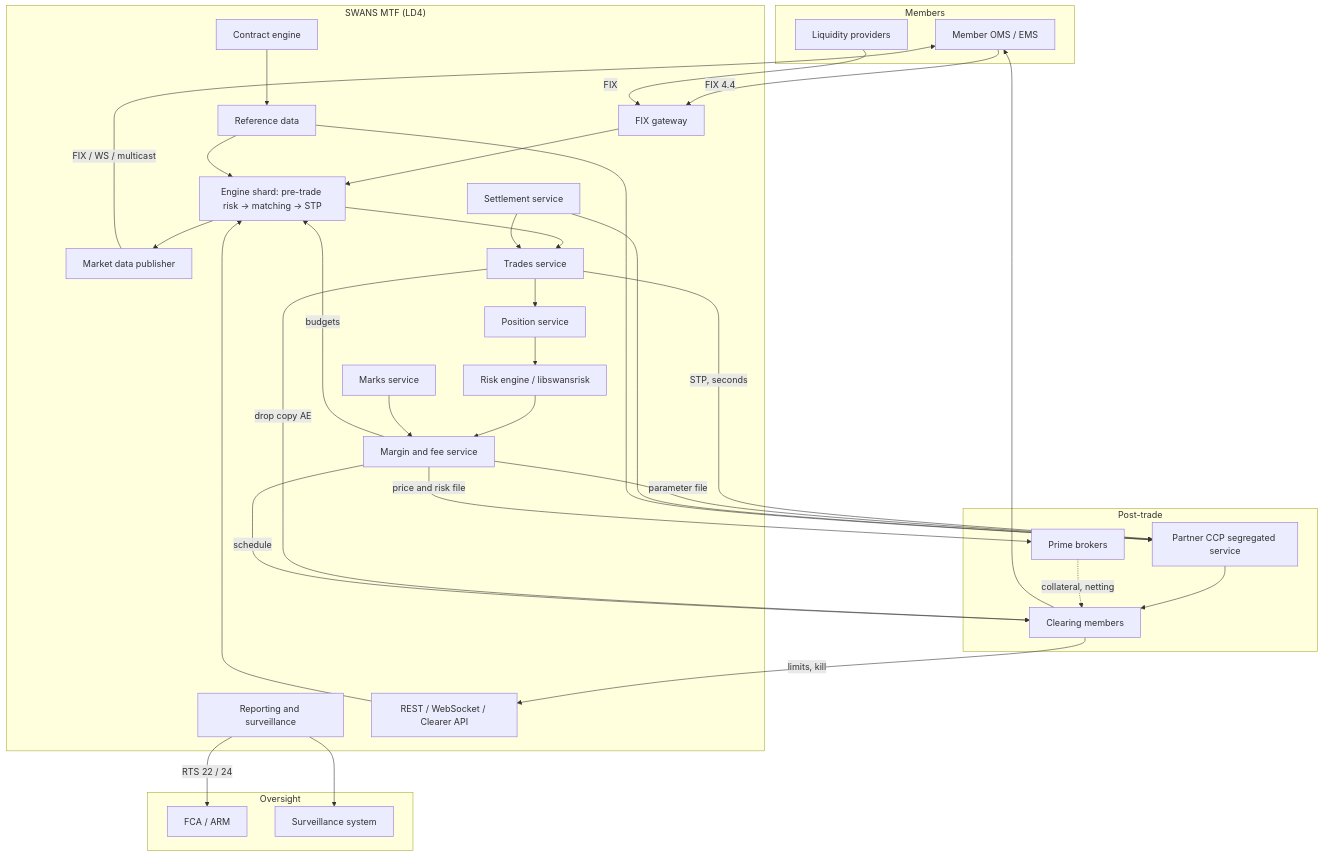
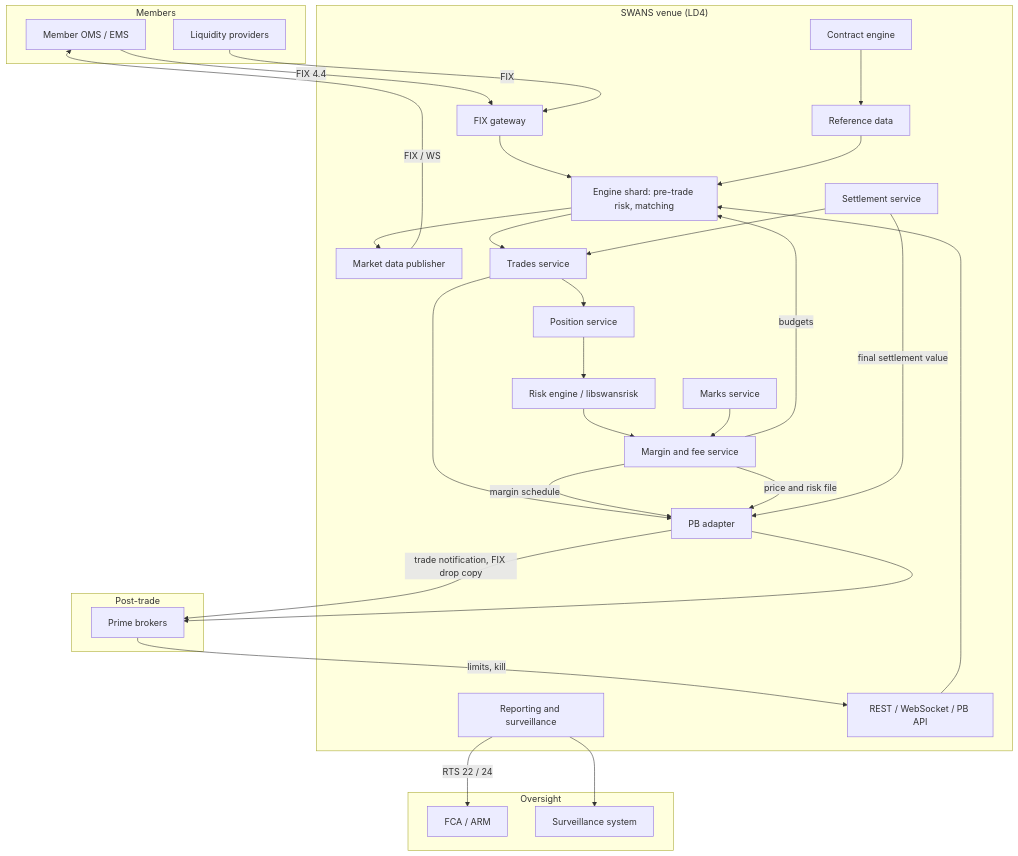
Before and after one commit to LevonDerma1221/swans-docs: the first of 7 diagrams in docs/diagrams.md, drawn with Mermaid. The commit also changed other lines of this file and 34 other files, not shown here.

````diff
--- a/docs/diagrams.md
+++ b/docs/diagrams.md
@@ -7,50 +7,45 @@
 ```mermaid
 flowchart TB
   subgraph Members
     OMS[Member OMS / EMS]
     LP[Liquidity providers]
   end
-  subgraph SWANS["SWANS MTF (LD4)"]
+  subgraph SWANS["SWANS venue (LD4)"]
     GW[FIX gateway]
-    ENG["Engine shard: pre-trade risk → matching → STP"]
+    ENG["Engine shard: pre-trade risk, matching"]
     MD[Market data publisher]
     TR[Trades service]
     POS[Position service]
     MK[Marks service]
     RISK[Risk engine / libswansrisk]
     MGN[Margin and fee service]
     SET[Settlement service]
     CE[Contract engine]
     REF[Reference data]
     REP[Reporting and surveillance]
-    API[REST / WebSocket / Clearer API]
+    API[REST / WebSocket / PB API]
+    PBA[PB adapter]
   end
   subgraph Post-trade
-    CCP[Partner CCP segregated service]
-    GCM[Clearing members]
     PB[Prime brokers]
   end
   subgraph Oversight
     FCA[FCA / ARM]
     SURV[Surveillance system]
   end
-  OMS -->|FIX 4.4| GW --> ENG --> MD -->|FIX / WS / multicast| OMS
+  OMS -->|FIX 4.4| GW --> ENG --> MD -->|FIX / WS| OMS
   LP -->|FIX| GW
-  ENG --> TR -->|STP, seconds| CCP
-  TR -->|drop copy AE| GCM
-  CCP --> GCM --> OMS
-  PB -.->|collateral, netting| GCM
+  ENG --> TR --> PBA -->|trade notification, FIX drop copy| PB
   TR --> POS --> RISK --> MGN
   MK --> MGN
   MGN -->|budgets| ENG
-  MGN -->|schedule| GCM
-  MGN -->|parameter file| CCP
-  MGN -->|price and risk file| PB
+  MGN -->|margin schedule| PBA
+  MGN -->|price and risk file| PBA
+  PBA --> PB
   SET --> TR
-  SET --> CCP
+  SET -->|final settlement value| PBA
   CE --> REF --> ENG
-  REF --> CCP
-  GCM -->|limits, kill| API --> ENG
+  PB -->|limits, kill| API --> ENG
   REP -->|RTS 22 / 24| FCA
   REP --> SURV
 ```
````
